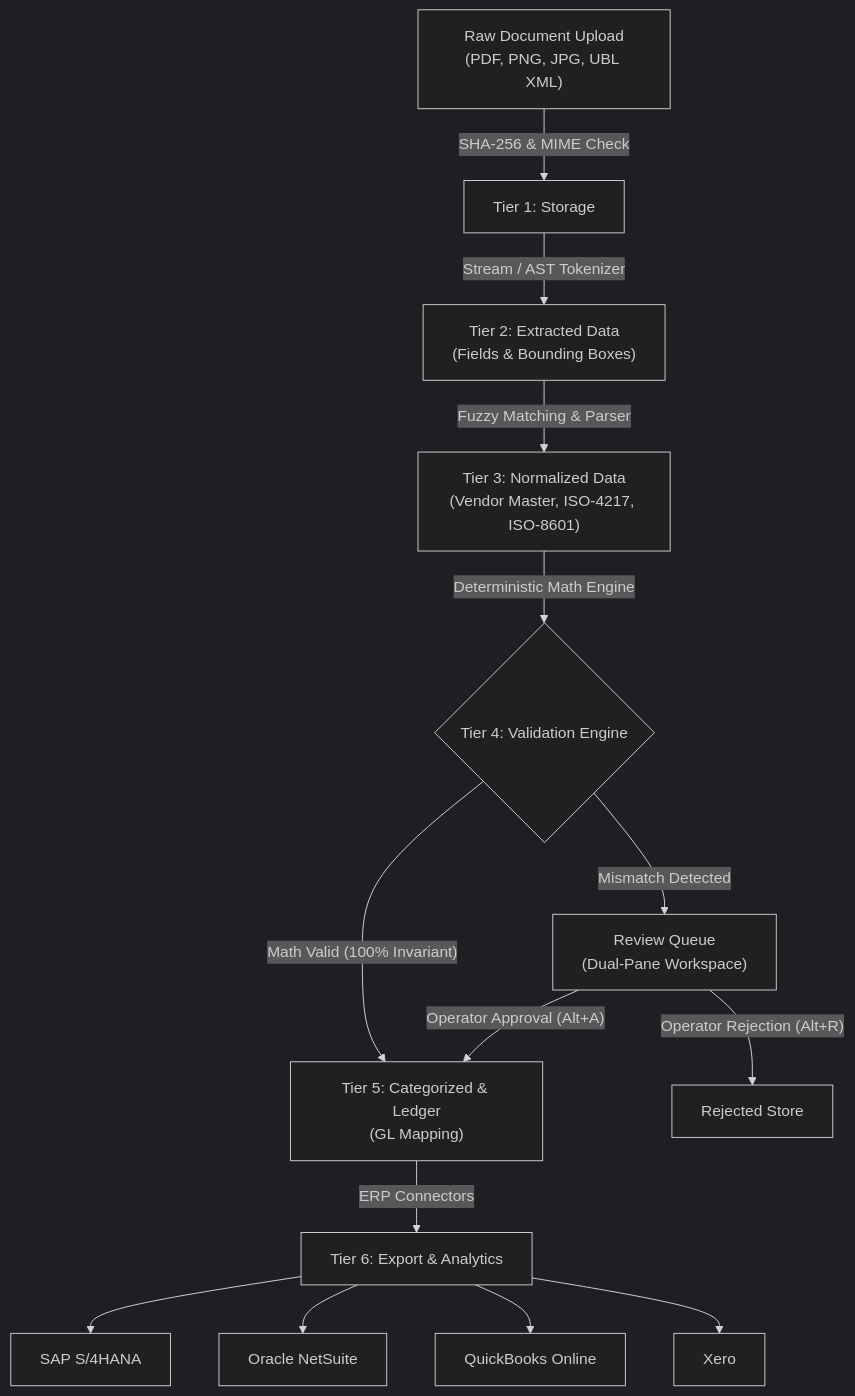
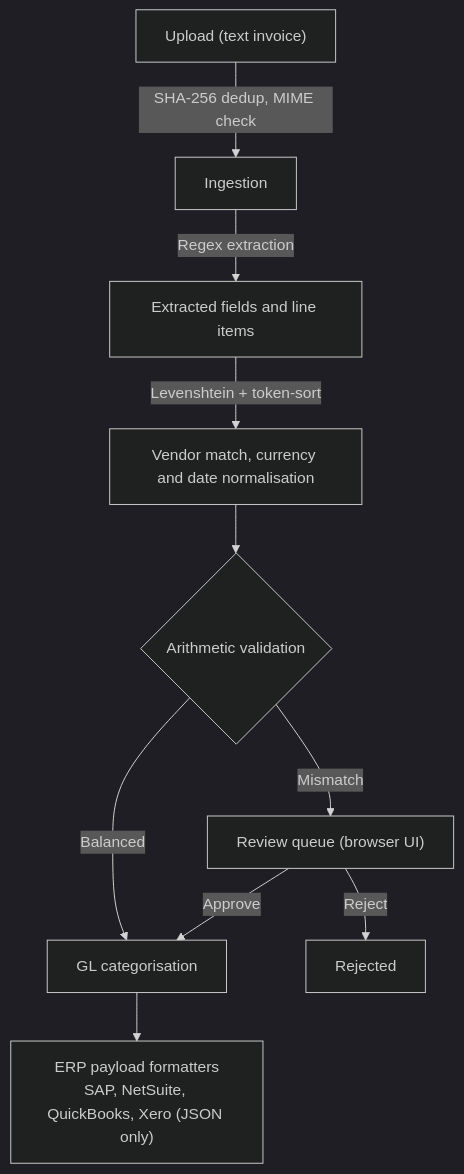
The diagram in README.md (HamzaKhanBUIC/doc-intel-platform), drawn with Mermaid (dark theme) before and after one commit. The commit also changed other lines of this file and 2 other files, not shown here.

````diff
--- a/README.md
+++ b/README.md
@@ -80,19 +10,12 @@
 ```mermaid
 graph TD
-    A["Raw Document Upload<br/>(PDF, PNG, JPG, UBL XML)"] -->|"SHA-256 & MIME Check"| B["Tier 1: Storage"]
-    B -->|"Stream / AST Tokenizer"| C["Tier 2: Extracted Data<br/>(Fields & Bounding Boxes)"]
-    C -->|"Fuzzy Matching & Parser"| D["Tier 3: Normalized Data<br/>(Vendor Master, ISO-4217, ISO-8601)"]
-    D -->|"Deterministic Math Engine"| E{"Tier 4: Validation Engine"}
-    
-    E -->|"Math Valid (100% Invariant)"| F["Tier 5: Categorized & Ledger<br/>(GL Mapping)"]
-    E -->|"Mismatch Detected"| G["Review Queue<br/>(Dual-Pane Workspace)"]
-    
-    G -->|"Operator Approval (Alt+A)"| F
-    G -->|"Operator Rejection (Alt+R)"| H["Rejected Store"]
-    
-    F -->|"ERP Connectors"| I["Tier 6: Export & Analytics"]
-    I --> J["SAP S/4HANA"]
-    I --> K["Oracle NetSuite"]
-    I --> L["QuickBooks Online"]
-    I --> M["Xero"]
+    A["Upload (text invoice)"] -->|"SHA-256 dedup, MIME check"| B["Ingestion"]
+    B -->|"Regex extraction"| C["Extracted fields and line items"]
+    C -->|"Levenshtein + token-sort"| D["Vendor match, currency and date normalisation"]
+    D --> E{"Arithmetic validation"}
+    E -->|"Balanced"| F["GL categorisation"]
+    E -->|"Mismatch"| G["Review queue (browser UI)"]
+    G -->|"Approve"| F
+    G -->|"Reject"| H["Rejected"]
+    F --> I["ERP payload formatters<br/>SAP, NetSuite, QuickBooks, Xero (JSON only)"]
 ```
````
